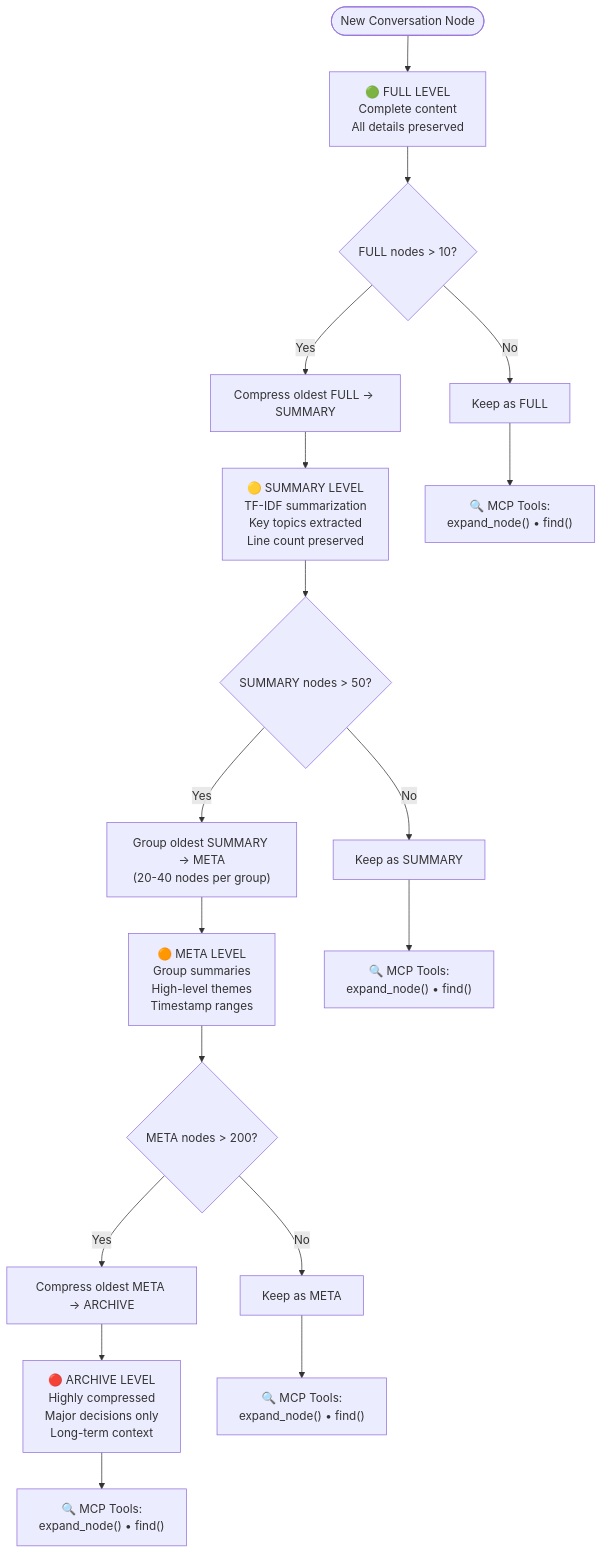
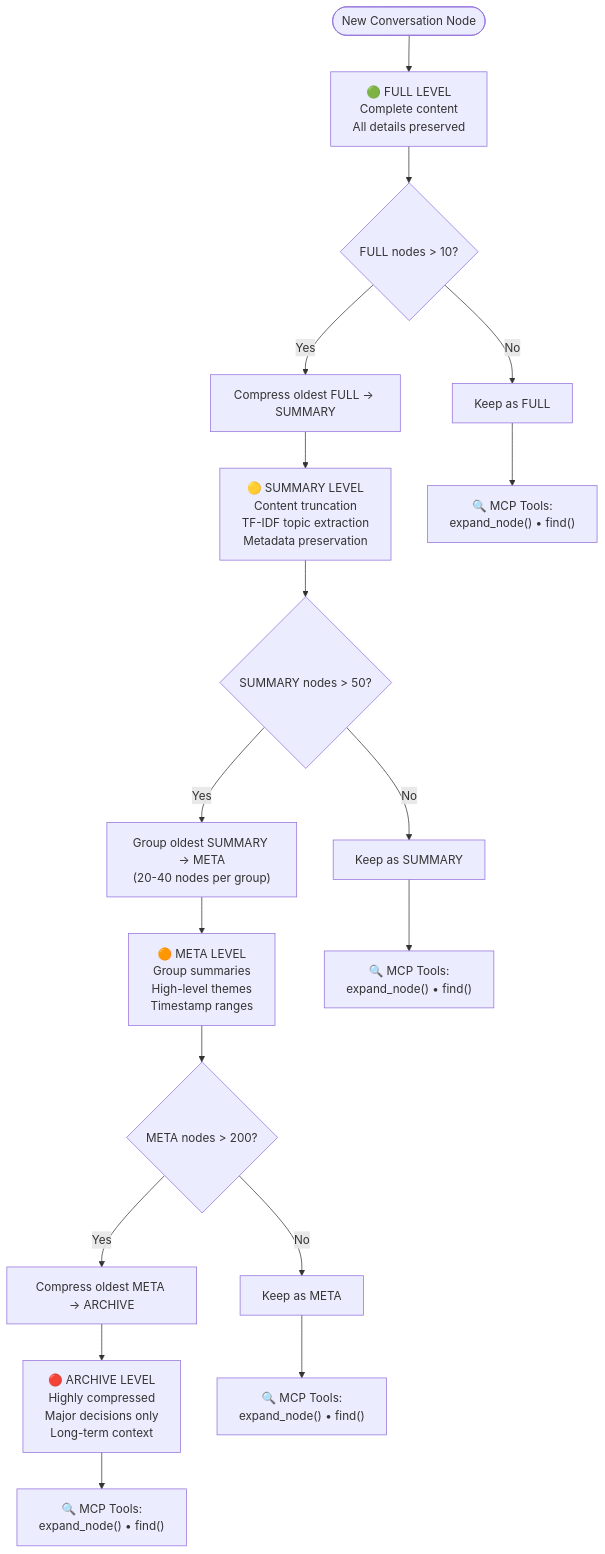
Before and after one commit to danielpodrazka/hierarchical-memory-middleware: the third of 4 diagrams in README.md, drawn with Mermaid. The commit also changed other lines of this file, not shown here.

````diff
--- a/README.md
+++ b/README.md
@@ -146,27 +146,27 @@
 ```mermaid
 flowchart TD
     Start([New Conversation Node]) --> Full["🟢 FULL LEVEL<br/>Complete content<br/>All details preserved"]
 
     Full --> CheckFull{"FULL nodes > 10?"}    
     CheckFull -->|No| KeepFull["Keep as FULL"]
     CheckFull -->|Yes| CompressFull["Compress oldest FULL → SUMMARY"]
 
-    CompressFull --> Summary["🟡 SUMMARY LEVEL<br/>TF-IDF summarization<br/>Key topics extracted<br/>Line count preserved"]
+    CompressFull --> Summary["🟡 SUMMARY LEVEL<br/>Content truncation<br/>TF-IDF topic extraction<br/>Metadata preservation"]
 
     Summary --> CheckSummary{"SUMMARY nodes > 50?"}    
     CheckSummary -->|No| KeepSummary["Keep as SUMMARY"]
     CheckSummary -->|Yes| GroupSummary["Group oldest SUMMARY → META<br/>(20-40 nodes per group)"]
 
     GroupSummary --> Meta["🟠 META LEVEL<br/>Group summaries<br/>High-level themes<br/>Timestamp ranges"]
 
     Meta --> CheckMeta{"META nodes > 200?"}    
     CheckMeta -->|No| KeepMeta["Keep as META"]
     CheckMeta -->|Yes| CompressMeta["Compress oldest META → ARCHIVE"]
 
     CompressMeta --> Archive["🔴 ARCHIVE LEVEL<br/>Highly compressed<br/>Major decisions only<br/>Long-term context"]
 
     KeepFull --> MCPFull["🔍 MCP Tools:<br/>expand_node() • find()"]
     KeepSummary --> MCPSummary["🔍 MCP Tools:<br/>expand_node() • find()"]
     KeepMeta --> MCPMeta["🔍 MCP Tools:<br/>expand_node() • find()"]
     Archive --> MCPArchive["🔍 MCP Tools:<br/>expand_node() • find()"]
 ```
````
